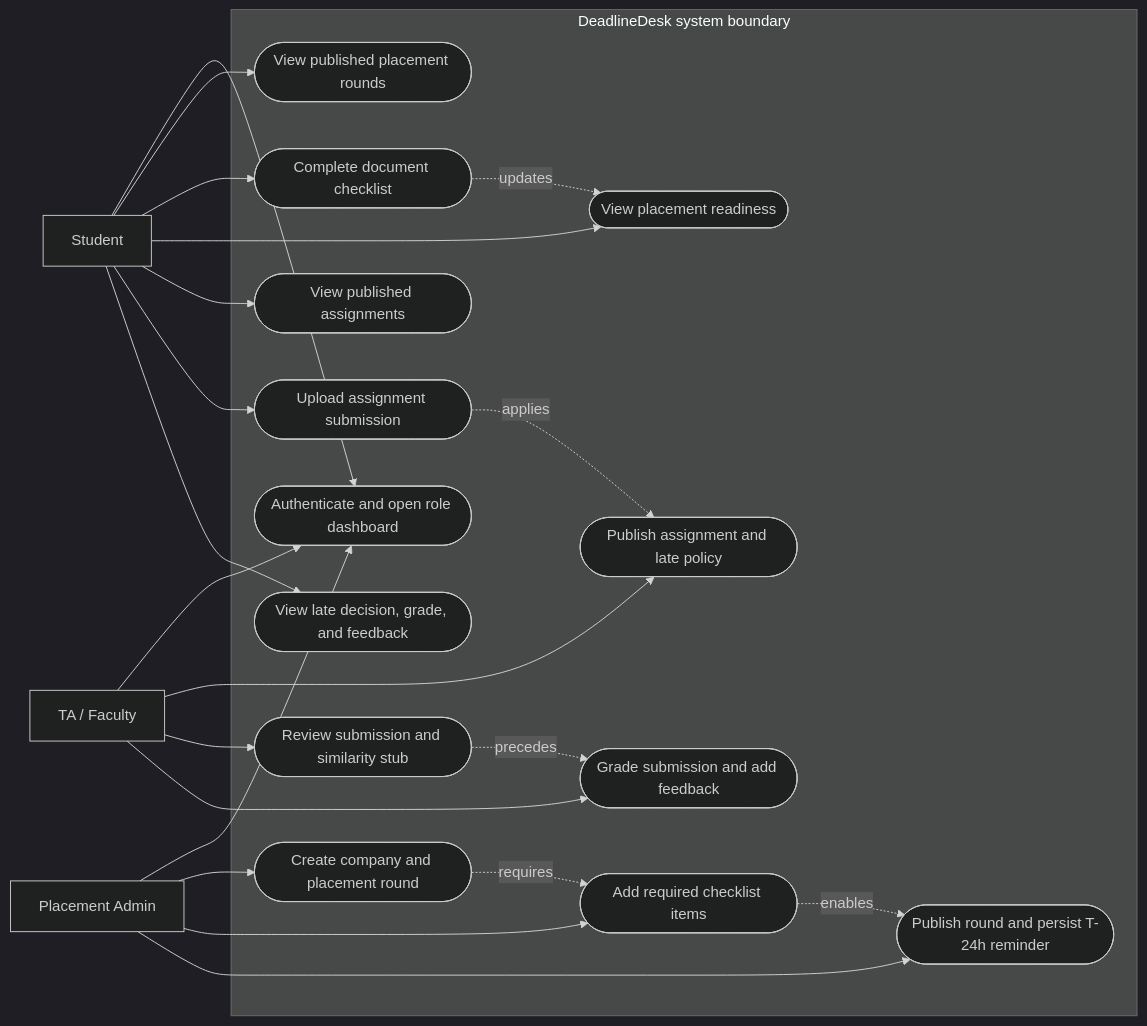
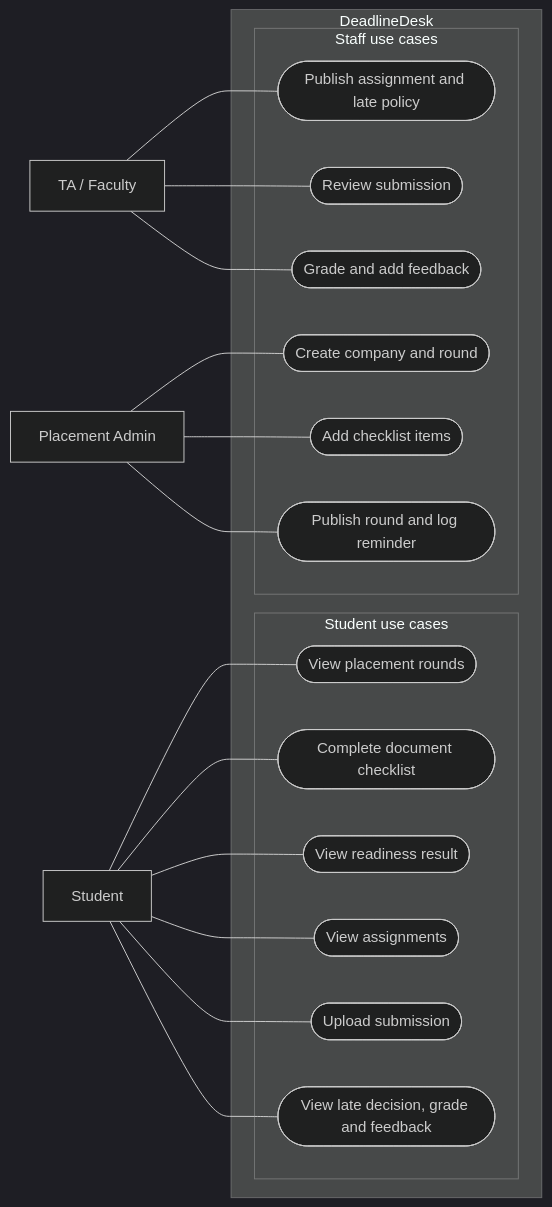
Before and after one commit to aryanorastar/ucs503p-202627-deadlinedesk: the diagram in docs/submission/03-use-case-diagrams/use-case-diagram.mmd, drawn with Mermaid (dark theme). The commit also changed 17 other files, not shown here.

Commit message:
Polish Week 7 diagrams and record browser QA

```diff
--- a/docs/submission/03-use-case-diagrams/use-case-diagram.mmd
+++ b/docs/submission/03-use-case-diagrams/use-case-diagram.mmd
@@ -1,44 +1,36 @@
 flowchart LR
     student[Student]
     ta[TA / Faculty]
     admin[Placement Admin]
 
-    subgraph DD[DeadlineDesk system boundary]
-        auth([Authenticate and open role dashboard])
-        rounds([View published placement rounds])
-        checklist([Complete document checklist])
-        readiness([View placement readiness])
-        assignments([View published assignments])
-        submit([Upload assignment submission])
-        result([View late decision, grade, and feedback])
-        publishAssignment([Publish assignment and late policy])
-        review([Review submission and similarity stub])
-        grade([Grade submission and add feedback])
-        manageRound([Create company and placement round])
-        addItems([Add required checklist items])
-        publishRound([Publish round and persist T-24h reminder])
+    subgraph DD[DeadlineDesk]
+        subgraph StudentCases[Student use cases]
+            rounds([View placement rounds])
+            checklist([Complete document checklist])
+            readiness([View readiness result])
+            assignments([View assignments])
+            submit([Upload submission])
+            outcome([View late decision, grade and feedback])
+        end
+        subgraph StaffCases[Staff use cases]
+            publishAssignment([Publish assignment and late policy])
+            review([Review submission])
+            grade([Grade and add feedback])
+            manageRound([Create company and round])
+            addItem([Add checklist items])
+            publishRound([Publish round and log reminder])
+        end
     end
 
-    student --> auth
-    student --> rounds
-    student --> checklist
-    student --> readiness
-    student --> assignments
-    student --> submit
-    student --> result
-
-    ta --> auth
-    ta --> publishAssignment
-    ta --> review
-    ta --> grade
-
-    admin --> auth
-    admin --> manageRound
-    admin --> addItems
-    admin --> publishRound
-
-    checklist -. updates .-> readiness
-    submit -. applies .-> publishAssignment
-    review -. precedes .-> grade
-    manageRound -. requires .-> addItems
-    addItems -. enables .-> publishRound
+    student --- rounds
+    student --- checklist
+    student --- readiness
+    student --- assignments
+    student --- submit
+    student --- outcome
+    ta --- publishAssignment
+    ta --- review
+    ta --- grade
+    admin --- manageRound
+    admin --- addItem
+    admin --- publishRound
```
